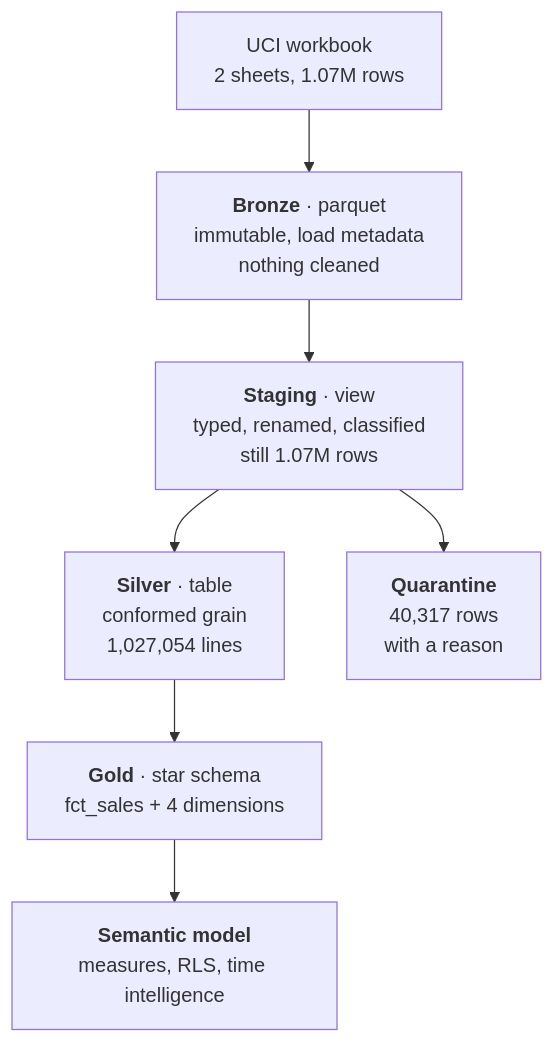
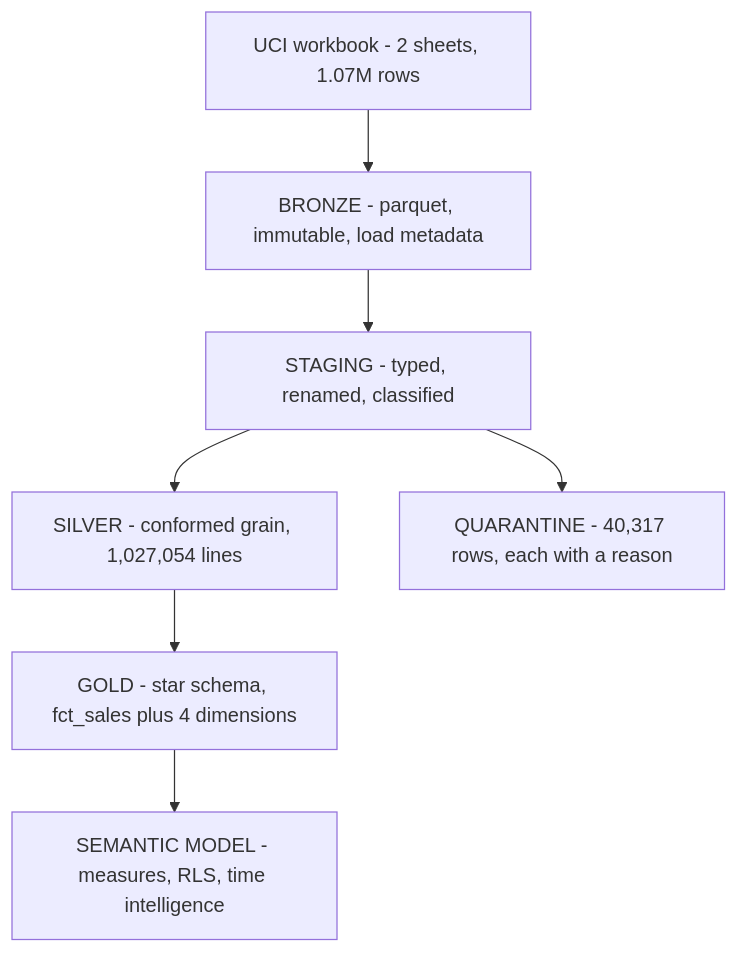
The diagram in README.md (avixd/retail-analytics-platform), drawn with Mermaid before and after one commit. The commit also changed other lines of this file, not shown here.

First line of the commit message:
Restructure README and fix the mermaid diagram

````diff
--- a/README.md
+++ b/README.md
@@ -33,13 +103,17 @@
 ```mermaid
 flowchart TD
-    src["UCI workbook<br/>2 sheets, 1.07M rows"]
-    bronze["<b>Bronze</b> · parquet<br/>immutable, load metadata<br/>nothing cleaned"]
-    stg["<b>Staging</b> · view<br/>typed, renamed, classified<br/>still 1.07M rows"]
-    silver["<b>Silver</b> · table<br/>conformed grain<br/>1,027,054 lines"]
-    reject["<b>Quarantine</b><br/>40,317 rows<br/>with a reason"]
-    gold["<b>Gold</b> · star schema<br/>fct_sales + 4 dimensions"]
-    model["<b>Semantic model</b><br/>measures, RLS, time intelligence"]
+    src["UCI workbook - 2 sheets, 1.07M rows"]
+    bronze["BRONZE - parquet, immutable, load metadata"]
+    stg["STAGING - typed, renamed, classified"]
+    silver["SILVER - conformed grain, 1,027,054 lines"]
+    reject["QUARANTINE - 40,317 rows, each with a reason"]
+    gold["GOLD - star schema, fct_sales plus 4 dimensions"]
+    model["SEMANTIC MODEL - measures, RLS, time intelligence"]
 
-    src --> bronze --> stg --> silver --> gold --> model
+    src --> bronze
+    bronze --> stg
+    stg --> silver
     stg --> reject
+    silver --> gold
+    gold --> model
 ```
````
